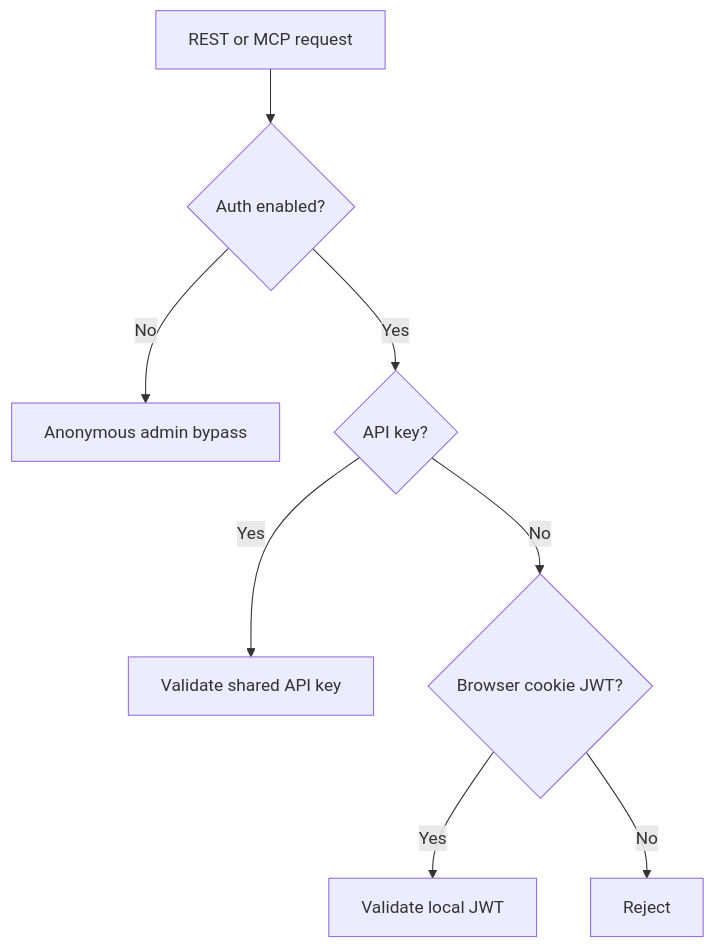
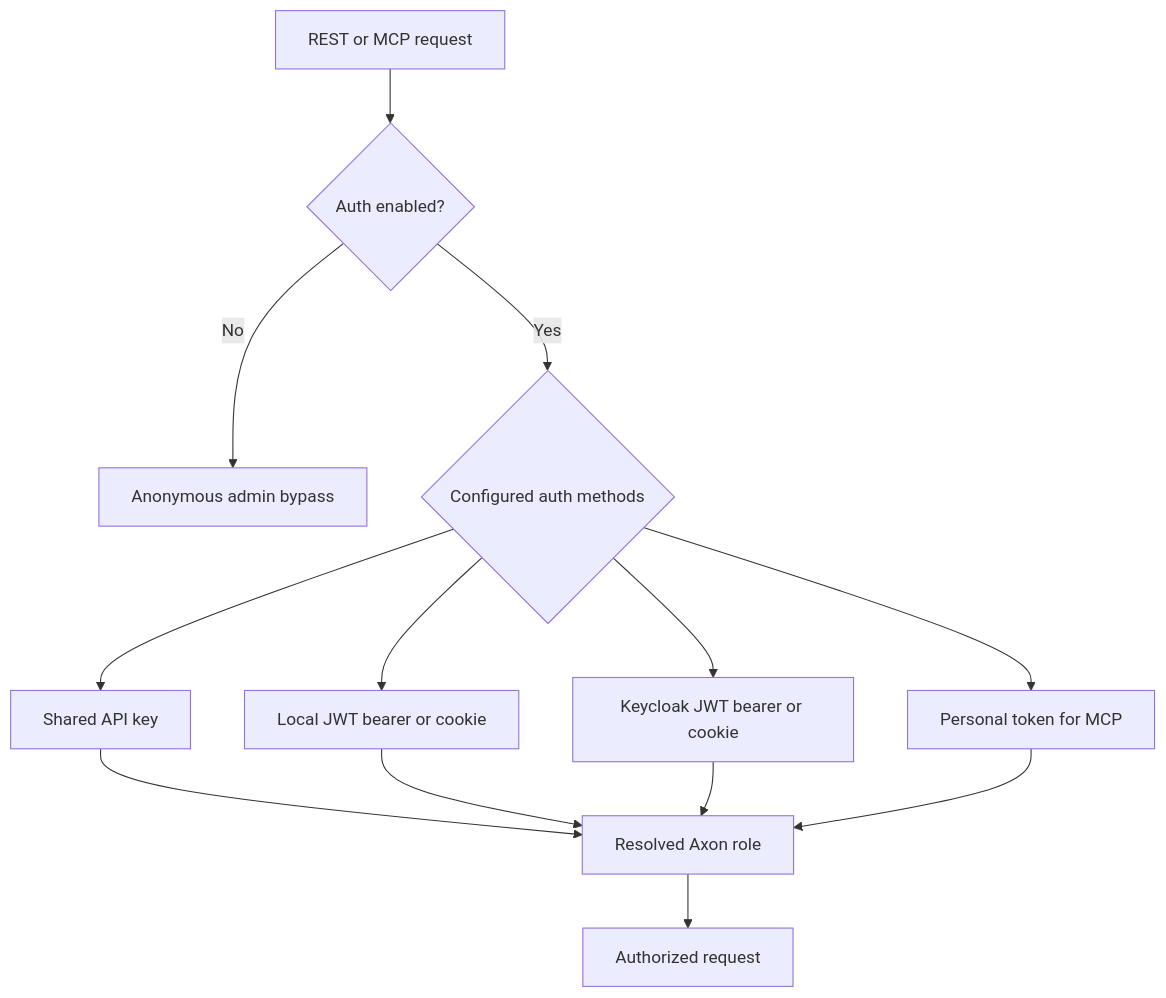
One commit to ncsaba/Axon.MCP.Server changed the first of 2 diagrams in docs/architecture/authentication_and_mcp_token_plan.md. Above: the diagram before and after it, drawn with Mermaid. The commit also changed other lines of this file and 18 other files, not shown here.

Commit message:
Add Keycloak browser login and MCP personal tokens

````diff
--- a/docs/architecture/authentication_and_mcp_token_plan.md
+++ b/docs/architecture/authentication_and_mcp_token_plan.md
@@ -29,10 +32,15 @@
 ```mermaid
 flowchart TD
     A[REST or MCP request] --> B{Auth enabled?}
     B -->|No| C[Anonymous admin bypass]
-    B -->|Yes| D{API key?}
-    D -->|Yes| E[Validate shared API key]
-    D -->|No| F{Browser cookie JWT?}
-    F -->|Yes| G[Validate local JWT]
-    F -->|No| H[Reject]
+    B -->|Yes| D{Configured auth methods}
+    D --> E[Shared API key]
+    D --> F[Local JWT bearer or cookie]
+    D --> G[Keycloak JWT bearer or cookie]
+    D --> H[Personal token for MCP]
+    E --> I[Resolved Axon role]
+    F --> I
+    G --> I
+    H --> I
+    I --> J[Authorized request]
 ```
````
